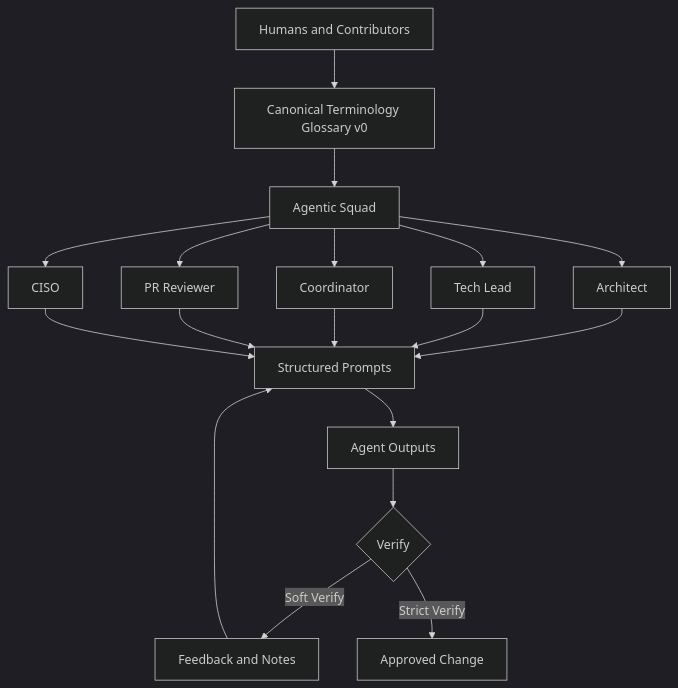
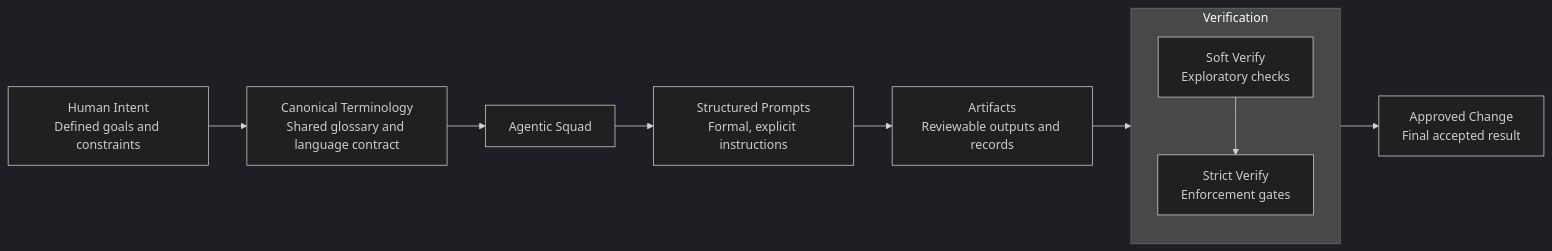
The diagram in docs/white-papers/agentic-squad-framework.md (merukimoon/agent-x), drawn with Mermaid (dark theme) before and after one commit. The commit also changed 22 other files, not shown here.

````diff
--- a/docs/white-papers/agentic-squad-framework.md
+++ b/docs/white-papers/agentic-squad-framework.md
@@ -144,27 +144,23 @@
 ```mermaid
-flowchart TD
-  A[Humans and Contributors] --> B[Canonical Terminology Glossary v0]
+flowchart LR
+    A[Human Intent<br/>Defined goals and constraints]
+    B[Canonical Terminology<br/>Shared glossary and language contract]
+    C[Agentic Squad]
+    D[Structured Prompts<br/>Formal, explicit instructions]
+    E[Artifacts<br/>Reviewable outputs and records]
 
-  B --> C[Agentic Squad]
+    subgraph V[Verification]
+        V1[Soft Verify<br/>Exploratory checks]
+        V2[Strict Verify<br/>Enforcement gates]
+        V1 --> V2
+    end
 
-  C --> D1[Architect]
-  C --> D2[Tech Lead]
-  C --> D3[Coordinator]
-  C --> D4[PR Reviewer]
-  C --> D5[CISO]
+    F[Approved Change<br/>Final accepted result]
 
-  D1 --> E[Structured Prompts]
-  D2 --> E
-  D3 --> E
-  D4 --> E
-  D5 --> E
-
-  E --> F[Agent Outputs]
-
-  F --> G{Verify}
-
-  G -->|Soft Verify| H[Feedback and Notes]
-  H --> E
-
-  G -->|Strict Verify| I[Approved Change]
+    A --> B
+    B --> C
+    C --> D
+    D --> E
+    E --> V
+    V --> F
 ```
````
